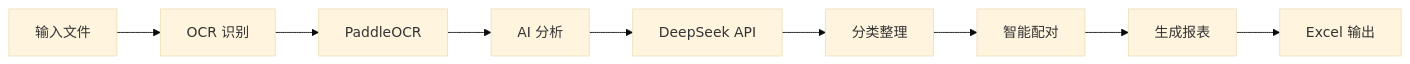
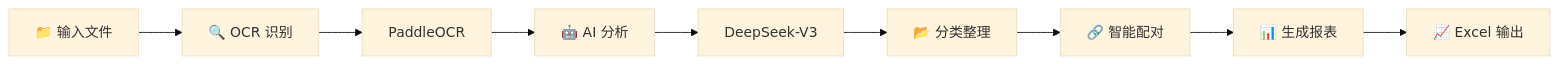
Before and after one commit to frankfika/ExpenseReimbursement: the diagram in README.md, drawn with Mermaid (base theme). The commit also changed other lines of this file and 15 other files, not shown here.

First line of the commit message:
docs: 重写 README 添加丰富截图和中英文版本

````diff
--- a/README.md
+++ b/README.md
@@ -63,11 +189,11 @@
 ```mermaid
 graph LR
-    A[输入文件] --> B[OCR 识别]
+    A[📁 输入文件] --> B[🔍 OCR 识别]
     B --> C[PaddleOCR]
-    C --> D[AI 分析]
-    D --> E[DeepSeek API]
-    E --> F[分类整理]
-    F --> G[智能配对]
-    G --> H[生成报表]
-    H --> I[Excel 输出]
+    C --> D[🤖 AI 分析]
+    D --> E[DeepSeek-V3]
+    E --> F[📂 分类整理]
+    F --> G[🔗 智能配对]
+    G --> H[📊 生成报表]
+    H --> I[📈 Excel 输出]
 ```
````
